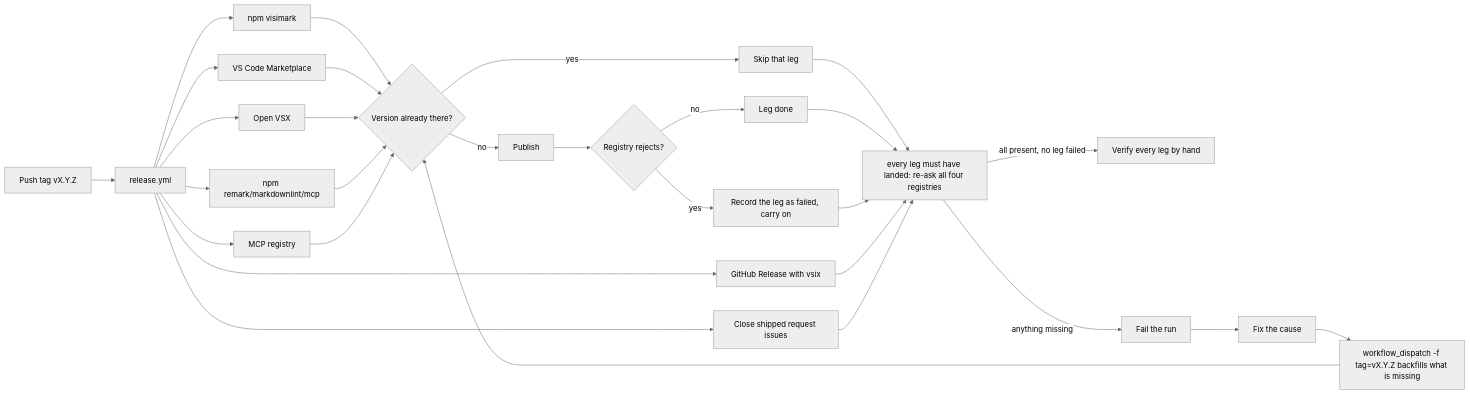
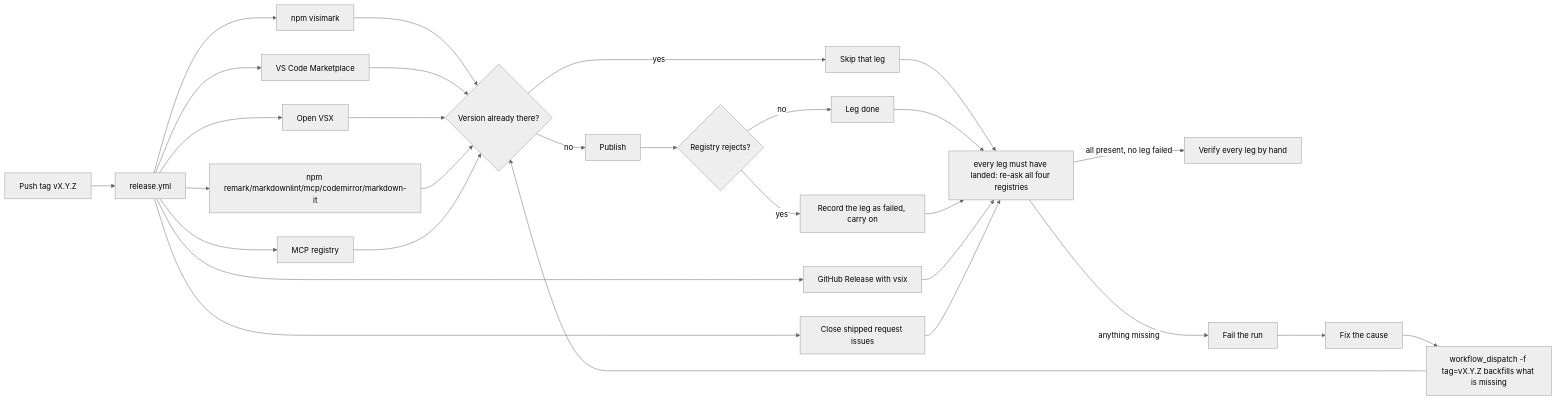
The first of 2 diagrams in docs/releasing.md (michal-niedzwiedzki/visimark), drawn with Mermaid (neutral theme) before and after one commit. The commit also changed other lines of this file and 51 other files, not shown here.

````diff
--- a/docs/releasing.md
+++ b/docs/releasing.md
@@ -52,31 +54,31 @@
 ```mermaid
 flowchart LR
   tag[Push tag vX.Y.Z] --> run[release.yml]
   run --> npm[npm visimark]
-  run --> npmplugins[npm remark/markdownlint/mcp]
+  run --> npmplugins[npm remark/markdownlint/mcp/codemirror/markdown-it]
   run --> mcpreg[MCP registry]
   run --> vsce[VS Code Marketplace]
   run --> ovsx[Open VSX]
   run --> ghrel[GitHub Release with vsix]
   run --> closeIss[Close shipped request issues]
   npm --> present{"Version already there?"}
   vsce --> present
   ovsx --> present
   npmplugins --> present
   mcpreg --> present
   present -->|yes| skip[Skip that leg]
   present -->|no| pub[Publish]
   pub --> rejected{"Registry rejects?"}
   rejected -->|yes| legfail[Record the leg as failed, carry on]
   rejected -->|no| ok[Leg done]
   skip --> gate["every leg must have landed: re-ask all four registries"]
   ok --> gate
   legfail --> gate
   ghrel --> gate
   closeIss --> gate
   gate -->|all present, no leg failed| verify[Verify every leg by hand]
   gate -->|anything missing| fail[Fail the run]
   fail --> fix[Fix the cause]
   fix --> dispatch["workflow_dispatch -f tag=vX.Y.Z backfills what is missing"]
   dispatch --> present
 ```
````
